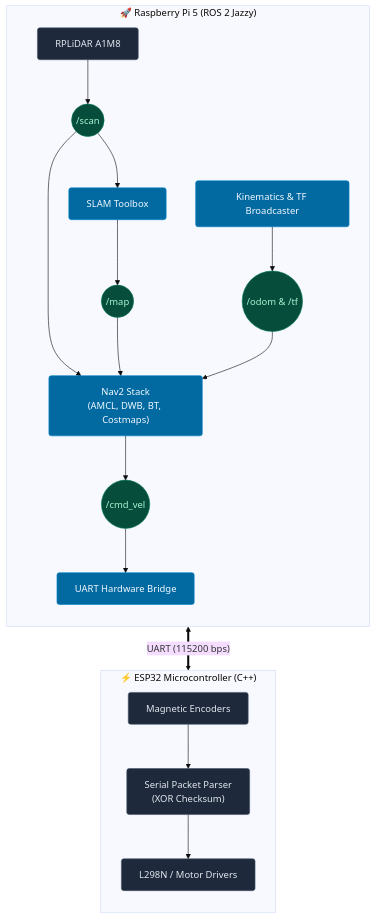
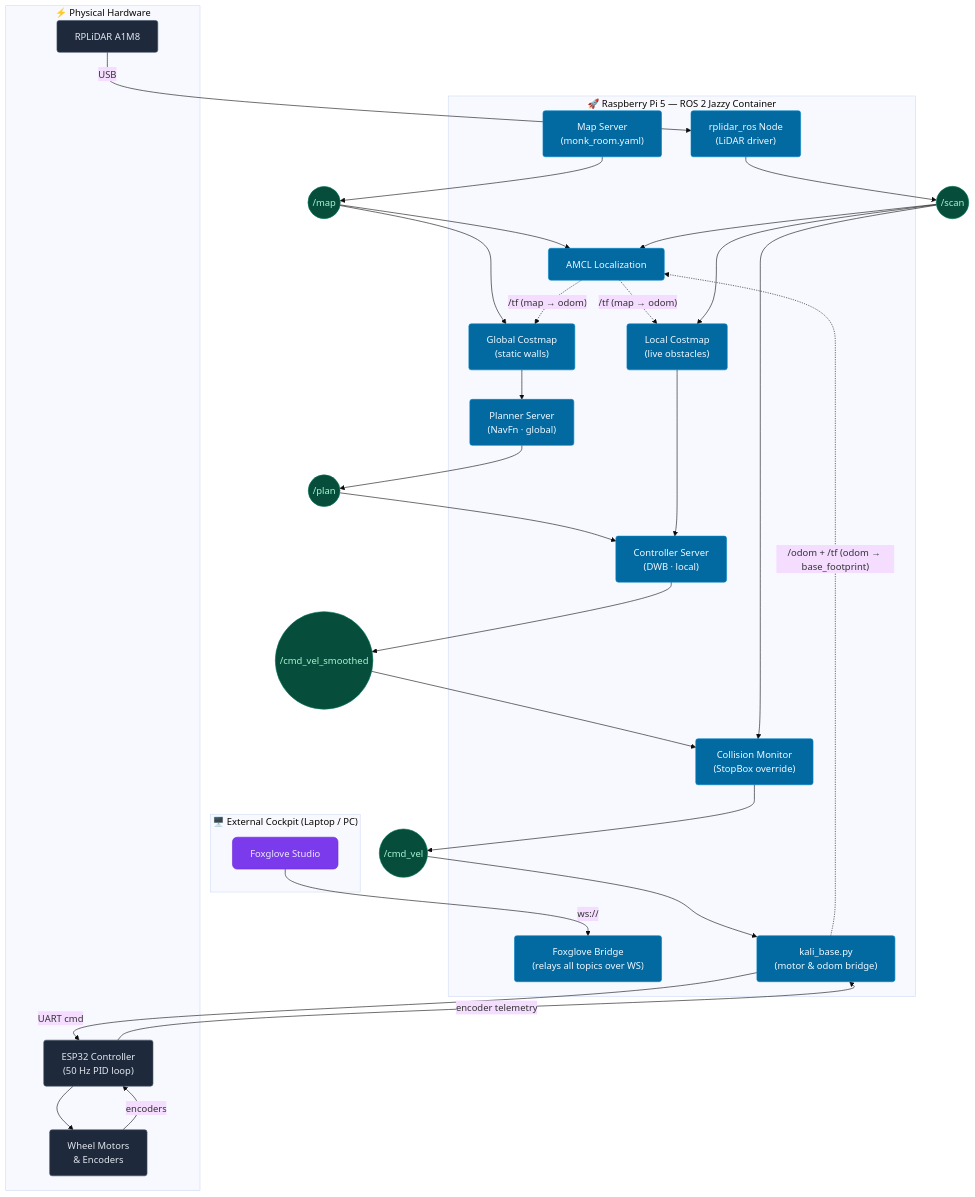
One commit to harshagm665-netizen/amr-nav-stack changed the diagram in README.md. Above: the diagram before and after it, drawn with Mermaid (base theme). The commit also changed other lines of this file, not shown here.

Commit message:
Correct architecture diagram and TF tree in README
Replace the idealized system diagram (SLAM Toolbox during nav, one
"Nav2 Stack" blob) with the actual runtime topology: Foxglove Studio/
Bridge, Map Server + AMCL, split global/local costmaps, NavFn planner
and DWB controller feeding the collision monitor, and the rplidar_ros
+ kali_base + ESP32 hardware path. Fix the TF tree to the real
map -> odom -> base_footprint -> laser chain.

````diff
--- a/README.md
+++ b/README.md
@@ -34,51 +34,74 @@
 ```mermaid
 flowchart TB
     %% Premium ROS2 Styling
-    classDef hardware fill:#1e293b,stroke:#475569,stroke-width:1px,color:#e2e8f0,rx:4px
+    classDef external fill:#7c3aed,stroke:#6d28d9,stroke-width:1px,color:#ede9fe,rx:8px
     classDef rosnode fill:#0369a1,stroke:#0284c7,stroke-width:1px,color:#f0f9ff,rx:4px
     classDef topic fill:#064e3b,stroke:#047857,stroke-width:1px,color:#a7f3d0,rx:16px
+    classDef hardware fill:#1e293b,stroke:#475569,stroke-width:1px,color:#e2e8f0,rx:4px
 
-    subgraph Pi["🚀 Raspberry Pi 5 (ROS 2 Jazzy)"]
-        direction TB
-        
-        %% Hardware & Nodes
-        LIDAR["RPLiDAR A1M8"]:::hardware
-        SLAM["SLAM Toolbox"]:::rosnode
-        Nav2["Nav2 Stack<br/>(AMCL, DWB, BT, Costmaps)"]:::rosnode
-        Odom["Kinematics & TF Broadcaster"]:::rosnode
-        Bridge["UART Hardware Bridge"]:::rosnode
-        
-        %% Topics (Pub/Sub Hubs)
-        T_Scan(("/scan")):::topic
-        T_Map(("/map")):::topic
-        T_Odom(("/odom & /tf")):::topic
-        T_Cmd(("/cmd_vel")):::topic
-        
-        %% Data Flow
-        LIDAR --> T_Scan
-        T_Scan --> SLAM
-        T_Scan --> Nav2
-        
-        SLAM --> T_Map
-        T_Map --> Nav2
-        
-        Odom --> T_Odom
-        T_Odom --> Nav2
-        
-        Nav2 --> T_Cmd
-        T_Cmd --> Bridge
+    subgraph Cockpit["🖥️ External Cockpit (Laptop / PC)"]
+        Studio["Foxglove Studio"]:::external
     end
 
-    subgraph MCU["⚡ ESP32 Microcontroller (C++)"]
-        direction TB
-        Firmware["Serial Packet Parser<br/>(XOR Checksum)"]:::hardware
-        Motor["L298N / Motor Drivers"]:::hardware
-        Enc["Magnetic Encoders"]:::hardware
-        
-        Firmware --> Motor
-        Enc --> Firmware
+    subgraph Pi["🚀 Raspberry Pi 5 — ROS 2 Jazzy Container"]
+        Bridge["Foxglove Bridge<br/>(relays all topics over WS)"]:::rosnode
+        MapSrv["Map Server<br/>(monk_room.yaml)"]:::rosnode
+        AMCL["AMCL Localization"]:::rosnode
+        GCost["Global Costmap<br/>(static walls)"]:::rosnode
+        LCost["Local Costmap<br/>(live obstacles)"]:::rosnode
+        Planner["Planner Server<br/>(NavFn · global)"]:::rosnode
+        Ctrl["Controller Server<br/>(DWB · local)"]:::rosnode
+        CollMon["Collision Monitor<br/>(StopBox override)"]:::rosnode
+        Base["kali_base.py<br/>(motor & odom bridge)"]:::rosnode
+        LidarDrv["rplidar_ros Node<br/>(LiDAR driver)"]:::rosnode
     end
 
-    %% Physical Hardware Boundary
-    Bridge <==" UART (115200 bps) "==> Firmware
+    subgraph HW["⚡ Physical Hardware"]
+        RPLIDAR["RPLiDAR A1M8"]:::hardware
+        ESP32["ESP32 Controller<br/>(50 Hz PID loop)"]:::hardware
+        Motors["Wheel Motors<br/>& Encoders"]:::hardware
+    end
+
+    %% Topics (Pub/Sub Hubs)
+    T_Map(("/map")):::topic
+    T_Scan(("/scan")):::topic
+    T_Plan(("/plan")):::topic
+    T_Smooth(("/cmd_vel_smoothed")):::topic
+    T_Cmd(("/cmd_vel")):::topic
+
+    %% External → bridge
+    Studio -->|"ws://"| Bridge
+
+    %% Mapping + localization
+    MapSrv --> T_Map
+    T_Map --> AMCL
+    T_Map --> GCost
+    AMCL -.->|"/tf (map → odom)"| GCost
+    AMCL -.->|"/tf (map → odom)"| LCost
+
+    %% Planning + control
+    GCost --> Planner
+    Planner --> T_Plan
+    T_Plan --> Ctrl
+    LCost --> Ctrl
+    Ctrl --> T_Smooth
+    T_Smooth --> CollMon
+    CollMon --> T_Cmd
+    T_Cmd --> Base
+
+    %% Sensing
+    RPLIDAR -->|"USB"| LidarDrv
+    LidarDrv --> T_Scan
+    T_Scan --> LCost
+    T_Scan --> CollMon
+    T_Scan --> AMCL
+
+    %% Bridge ↔ ESP32 ↔ motors
+    Base -->|"UART cmd"| ESP32
+    ESP32 -->|"encoder telemetry"| Base
+    ESP32 --> Motors
+    Motors -->|"encoders"| ESP32
+
+    %% Odometry feeding localization
+    Base -.->|"/odom + /tf (odom → base_footprint)"| AMCL
 ```
````
